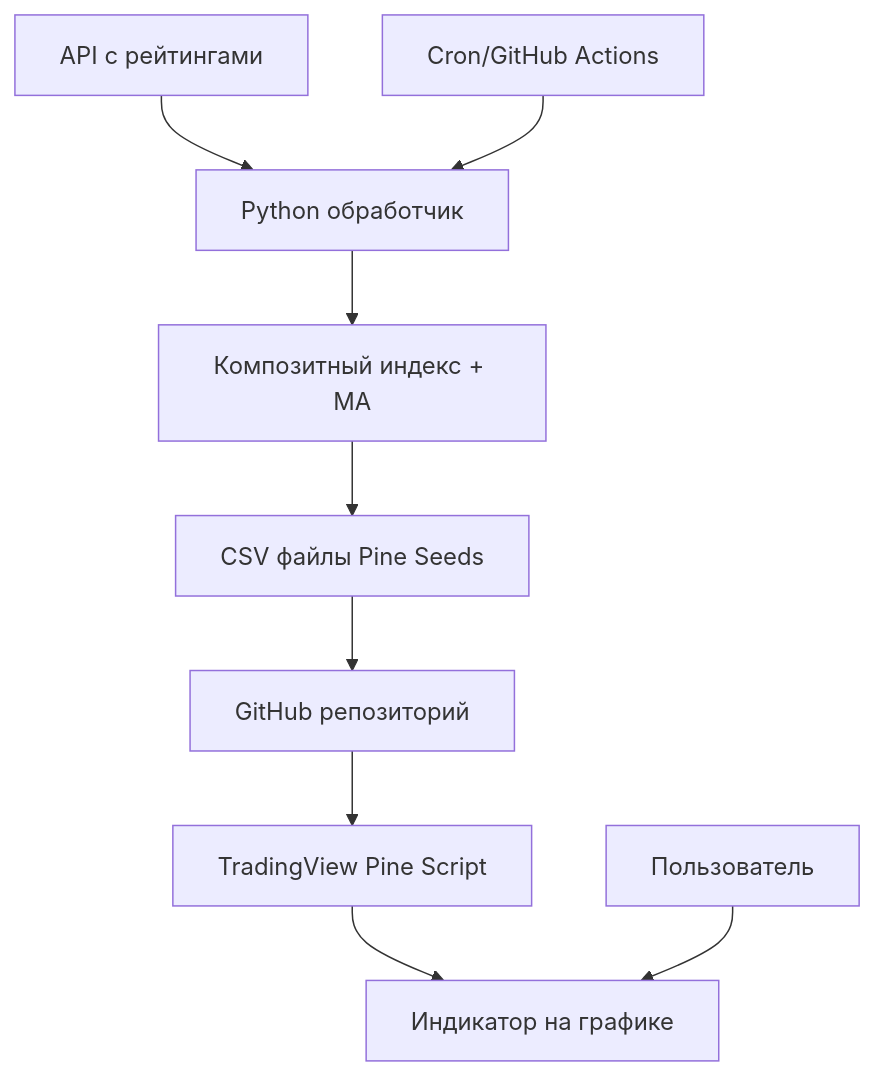
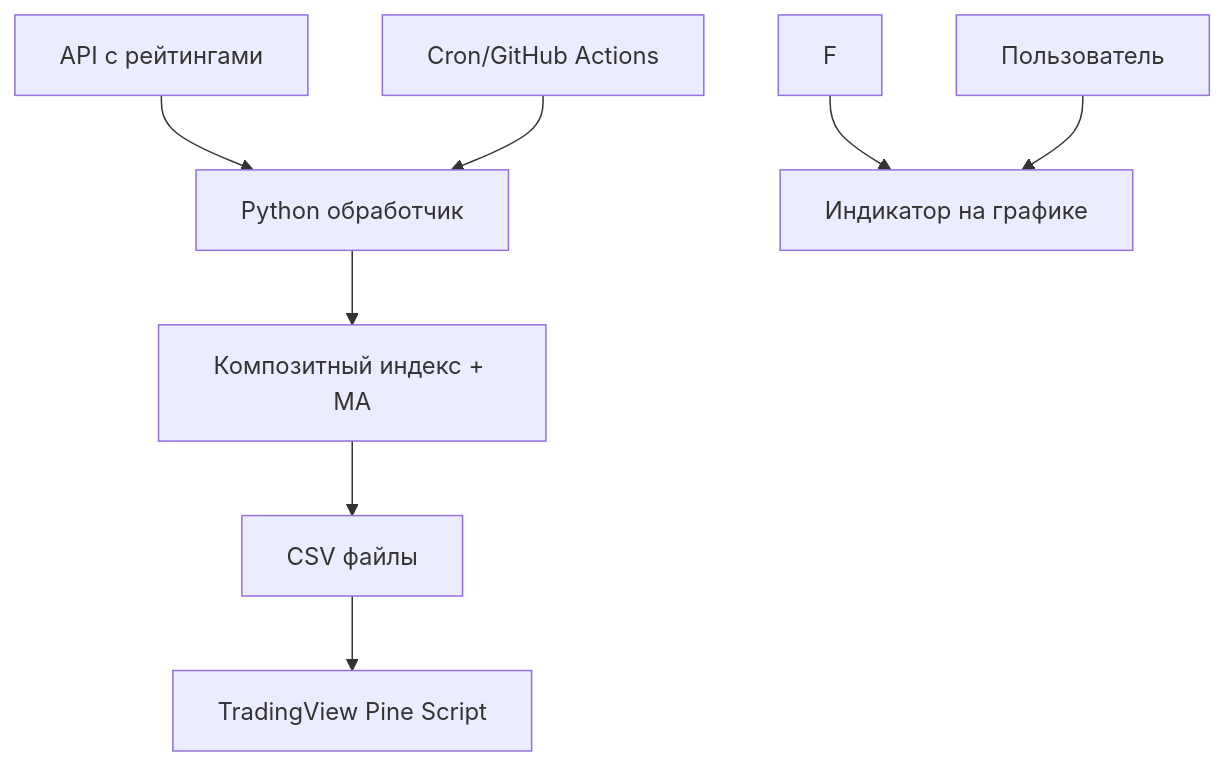
Before and after one commit to nshrd/comp-index: the diagram in README.md, drawn with Mermaid. The commit also changed other lines of this file and 32 other files, not shown here.

````diff
--- a/README.md
+++ b/README.md
@@ -15,12 +17,11 @@
 ```mermaid
 graph TB
     A[API с рейтингами] --> B[Python обработчик]
     B --> C[Композитный индекс + MA]
-    C --> D[CSV файлы Pine Seeds]
-    D --> E[GitHub репозиторий]
-    E --> F[TradingView Pine Script]
+    C --> D[CSV файлы]
+    D --> E[TradingView Pine Script]
     F --> G[Индикатор на графике]
     
     H[Cron/GitHub Actions] --> B
     I[Пользователь] --> G
 ```
````
